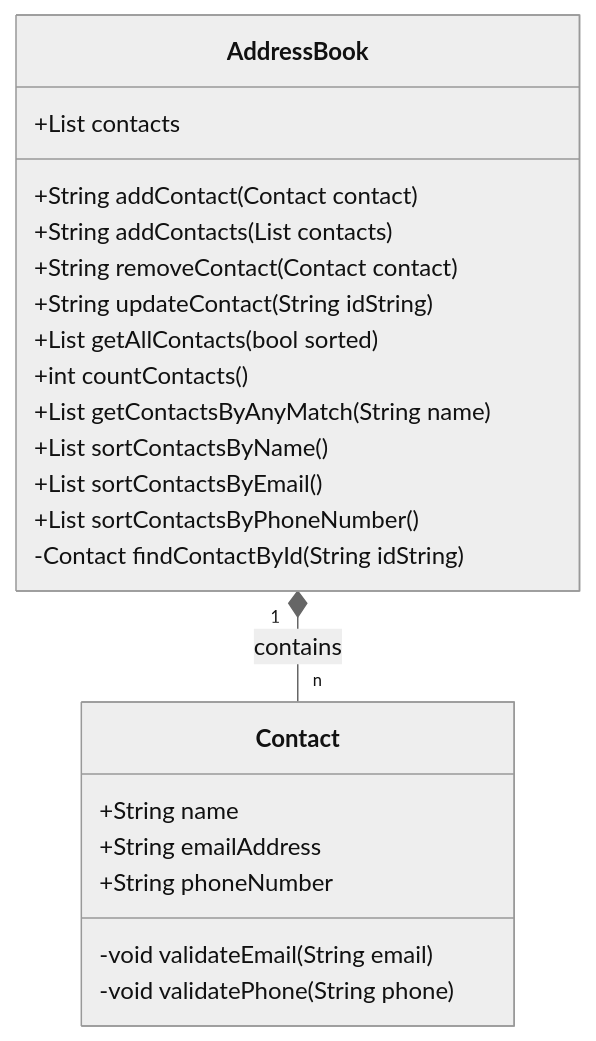
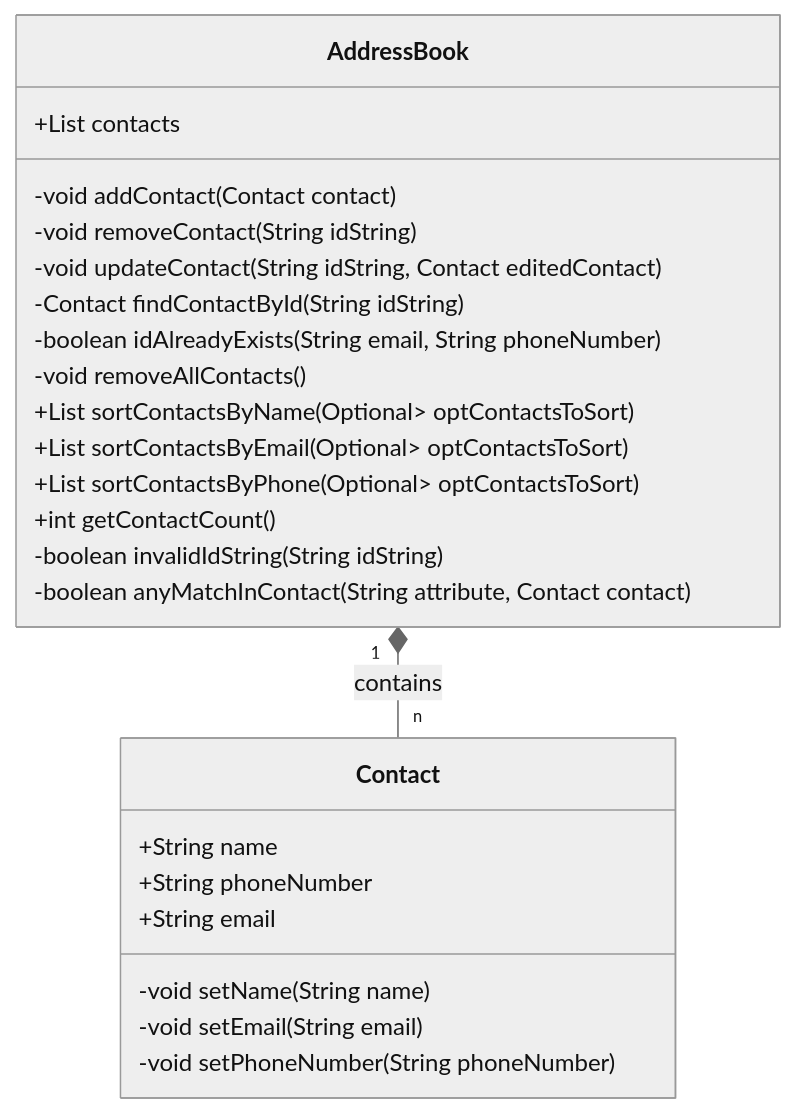
Before and after one commit to jpmono416/df-challenge-3-copy: the diagram in docs/definition-of-done.md, drawn with Mermaid (neutral theme). The commit also changed other lines of this file and 4 other files, not shown here.

````diff
--- a/docs/definition-of-done.md
+++ b/docs/definition-of-done.md
@@ -8,28 +8,30 @@
 ```mermaid
 classDiagram
     AddressBook "1" *-- "n" Contact : contains
 
     class Contact {
         +String name
-        +String emailAddress
         +String phoneNumber
-        -void validateEmail(String email)
-        -void validatePhone(String phone)
+        +String email
+        -void setName(String name)
+        -void setEmail(String email)
+        -void setPhoneNumber(String phoneNumber)
     }
-    
+
     class AddressBook {
         +List<Contact> contacts
-        +String addContact(Contact contact)
-        +String addContacts(List<Contact> contacts)
-        +String removeContact(Contact contact)
-        +String updateContact(String idString)
-        +List<Contact> getAllContacts(bool sorted)
-        +int countContacts()
-        +List<Contact> getContactsByAnyMatch(String name)
-        +List<Contact> sortContactsByName()
-        +List<Contact> sortContactsByEmail()
-        +List<Contact> sortContactsByPhoneNumber()
+        -void addContact(Contact contact)
+        -void removeContact(String idString)
+        -void updateContact(String idString, Contact editedContact)
         -Contact findContactById(String idString)
+        -boolean idAlreadyExists(String email, String phoneNumber)
+        -void removeAllContacts()
+        +List<Contact> sortContactsByName(Optional<List<Contact>> optContactsToSort)
+        +List<Contact> sortContactsByEmail(Optional<List<Contact>> optContactsToSort)
+        +List<Contact> sortContactsByPhone(Optional<List<Contact>> optContactsToSort)
+        +int getContactCount()
+        -boolean invalidIdString(String idString)
+        -boolean anyMatchInContact(String attribute, Contact contact)
     }
         
 ```
````
